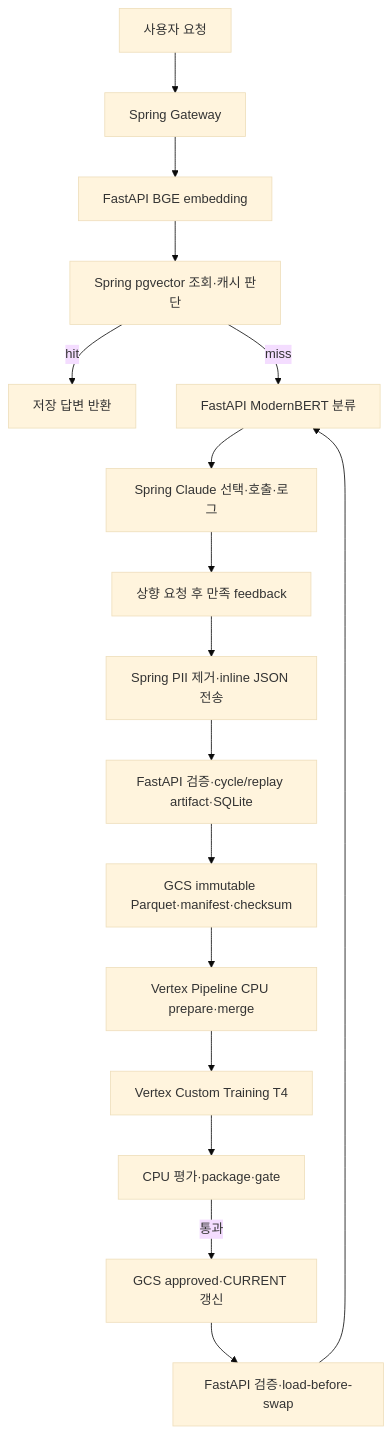
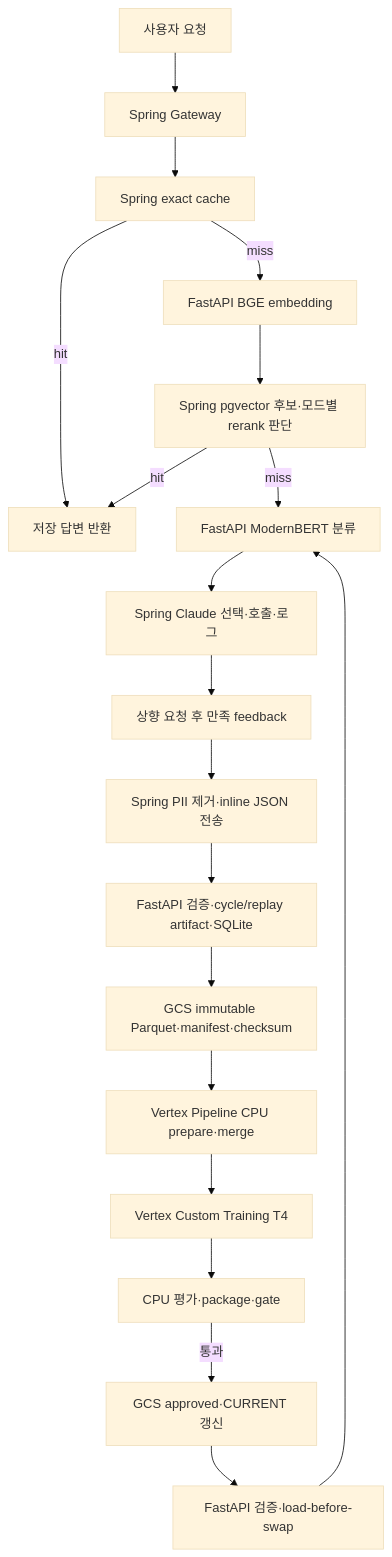
Before and after one commit to HYUCapstoneProject/LLM_Router: the second of 3 diagrams in docs/ml/README.md, drawn with Mermaid (base theme). The commit also changed other lines of this file and 6 other files, not shown here.

````diff
--- a/docs/ml/README.md
+++ b/docs/ml/README.md
@@ -704,19 +704,21 @@
 ```mermaid
 flowchart TB
   U[사용자 요청] --> S[Spring Gateway]
-  S --> E[FastAPI BGE embedding]
-  E --> C[Spring pgvector 조회·캐시 판단]
+  S --> X[Spring exact cache]
+  X -->|hit| A[저장 답변 반환]
+  X -->|miss| E[FastAPI BGE embedding]
+  E --> C[Spring pgvector 후보·모드별 rerank 판단]
   C -->|hit| A[저장 답변 반환]
   C -->|miss| R[FastAPI ModernBERT 분류]
   R --> L[Spring Claude 선택·호출·로그]
   L --> F[상향 요청 후 만족 feedback]
   F --> J[Spring PII 제거·inline JSON 전송]
   J --> V[FastAPI 검증·cycle/replay artifact·SQLite]
   V --> G[GCS immutable Parquet·manifest·checksum]
   G --> P[Vertex Pipeline CPU prepare·merge]
   P --> T[Vertex Custom Training T4]
   T --> Q[CPU 평가·package·gate]
   Q -->|통과| M[GCS approved·CURRENT 갱신]
   M --> W[FastAPI 검증·load-before-swap]
   W --> R
 ```
````
